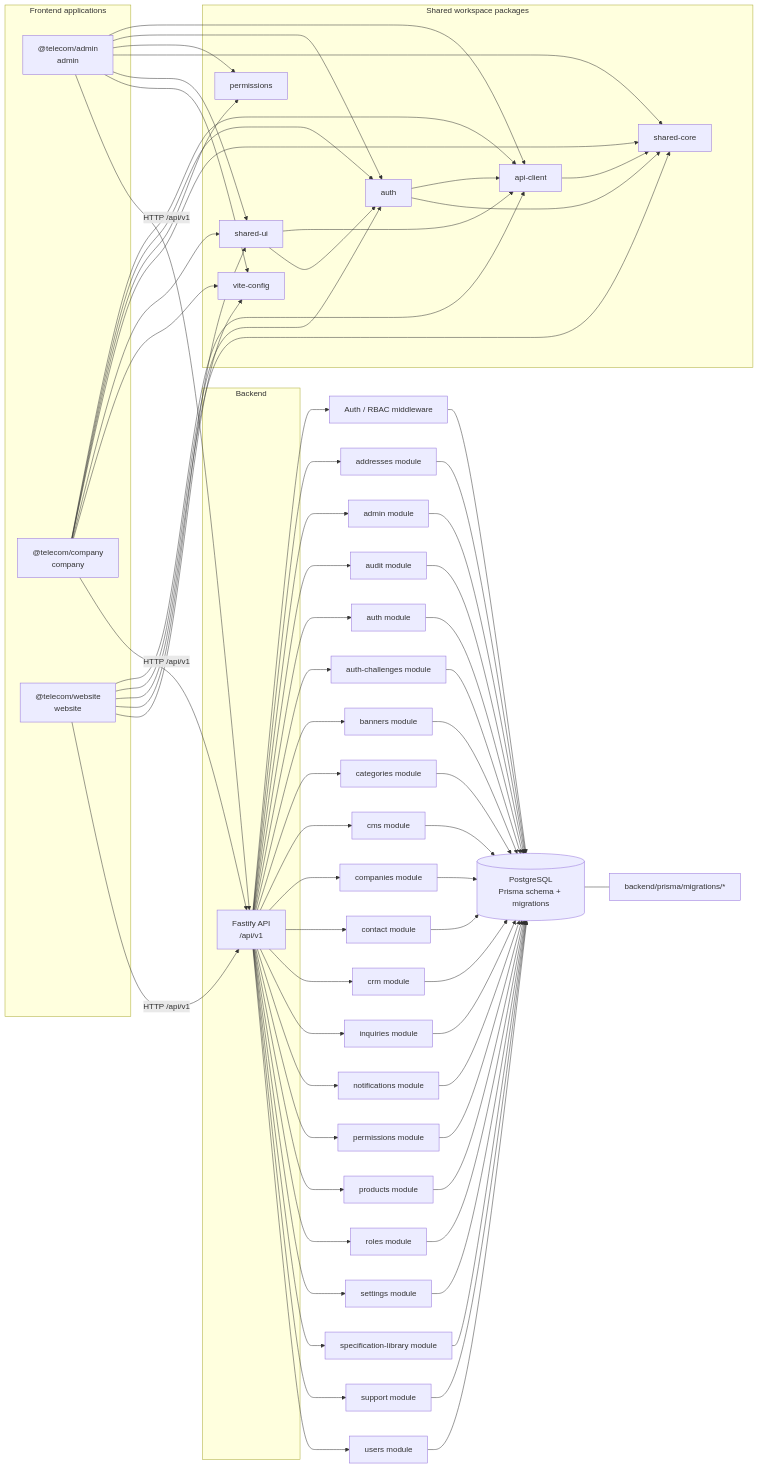
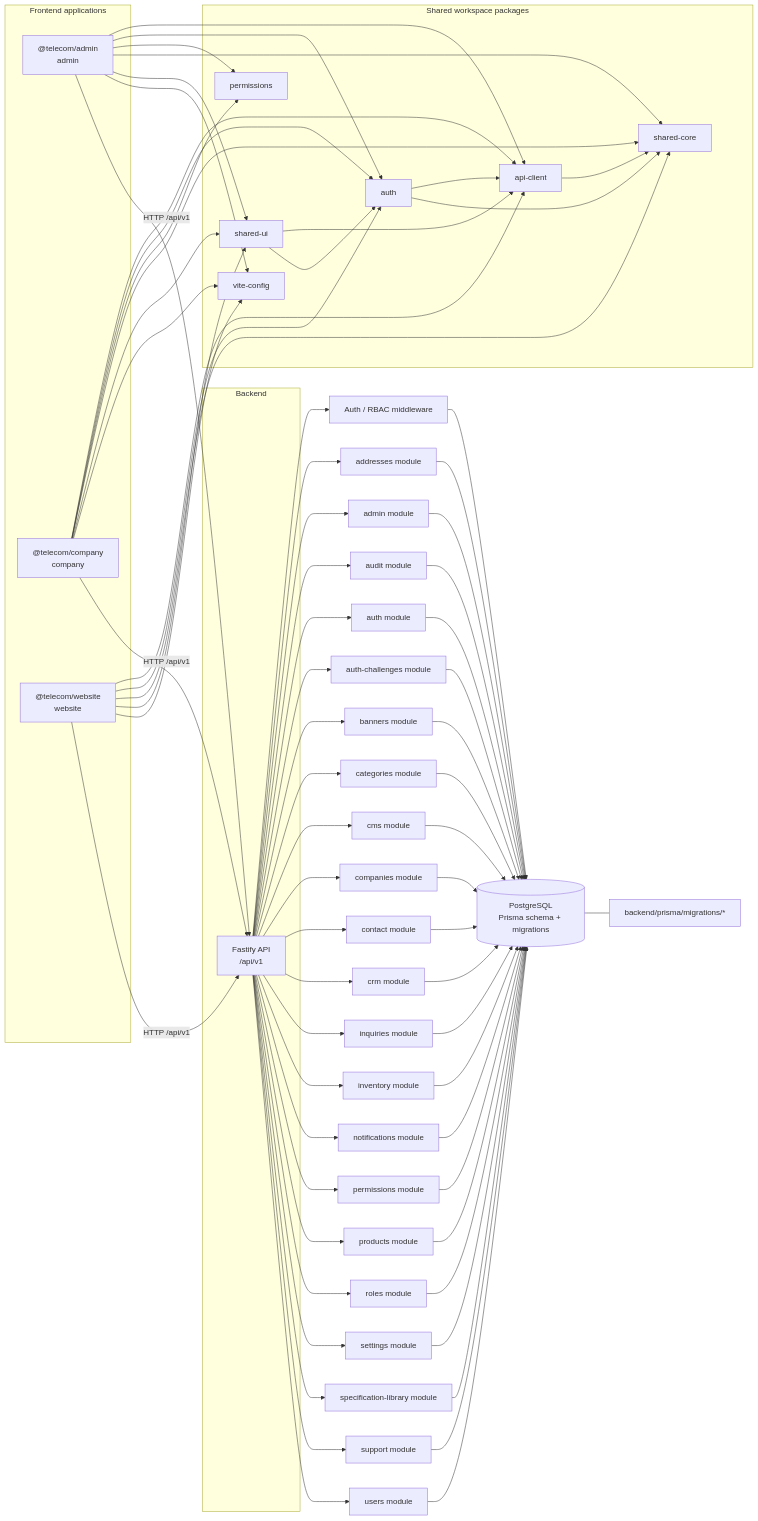
One commit to gameacc2025/martest changed the diagram in docs/architecture/DEPENDENCY_GRAPH.generated.mmd. Above: the diagram before and after it, drawn with Mermaid.

Commit message:
chore(architecture): include inventory module in dependency graph

```diff
--- a/docs/architecture/DEPENDENCY_GRAPH.generated.mmd
+++ b/docs/architecture/DEPENDENCY_GRAPH.generated.mmd
@@ -1,88 +1,90 @@
 %% GENERATED FILE. Do not edit by hand.
 %% Run: node scripts/generate-architecture-graph.mjs --write
 flowchart LR
   subgraph apps["Frontend applications"]
     admin["@telecom/admin<br/>admin"]
     company["@telecom/company<br/>company"]
     website["@telecom/website<br/>website"]
   end
   subgraph shared["Shared workspace packages"]
     api_client["api-client"]
     auth["auth"]
     permissions["permissions"]
     shared_core["shared-core"]
     shared_ui["shared-ui"]
     vite_config["vite-config"]
   end
   subgraph backend["Backend"]
     api["Fastify API<br/>/api/v1"]
   end
   db[("PostgreSQL<br/>Prisma schema + migrations")]
   admin --> api_client
   admin --> auth
   admin --> permissions
   admin --> shared_core
   admin --> shared_ui
   admin --> vite_config
   company --> api_client
   company --> auth
   company --> permissions
   company --> shared_core
   company --> shared_ui
   company --> vite_config
   website --> api_client
   website --> auth
   website --> shared_core
   website --> shared_ui
   website --> vite_config
   api_client --> shared_core
   auth --> api_client
   auth --> shared_core
   shared_ui --> api_client
   shared_ui --> auth
   admin -->|HTTP /api/v1| api
   company -->|HTTP /api/v1| api
   website -->|HTTP /api/v1| api
   api --> rbac["Auth / RBAC middleware"]
   api --> mod_addresses["addresses module"]
   api --> mod_admin["admin module"]
   api --> mod_audit["audit module"]
   api --> mod_auth["auth module"]
   api --> mod_auth_challenges["auth-challenges module"]
   api --> mod_banners["banners module"]
   api --> mod_categories["categories module"]
   api --> mod_cms["cms module"]
   api --> mod_companies["companies module"]
   api --> mod_contact["contact module"]
   api --> mod_crm["crm module"]
   api --> mod_inquiries["inquiries module"]
+  api --> mod_inventory["inventory module"]
   api --> mod_notifications["notifications module"]
   api --> mod_permissions["permissions module"]
   api --> mod_products["products module"]
   api --> mod_roles["roles module"]
   api --> mod_settings["settings module"]
   api --> mod_specification_library["specification-library module"]
   api --> mod_support["support module"]
   api --> mod_users["users module"]
   rbac --> db
   mod_addresses --> db
   mod_admin --> db
   mod_audit --> db
   mod_auth --> db
   mod_auth_challenges --> db
   mod_banners --> db
   mod_categories --> db
   mod_cms --> db
   mod_companies --> db
   mod_contact --> db
   mod_crm --> db
   mod_inquiries --> db
+  mod_inventory --> db
   mod_notifications --> db
   mod_permissions --> db
   mod_products --> db
   mod_roles --> db
   mod_settings --> db
   mod_specification_library --> db
   mod_support --> db
   mod_users --> db
   db --- migrations["backend/prisma/migrations/*"]
```
